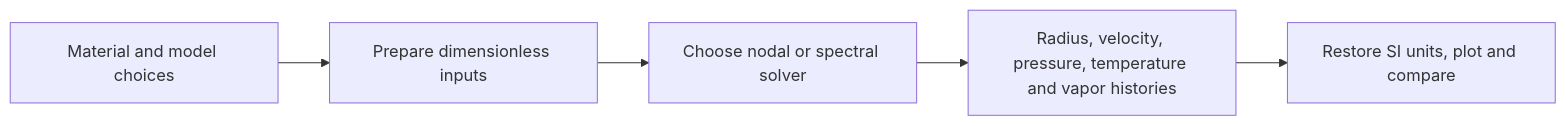
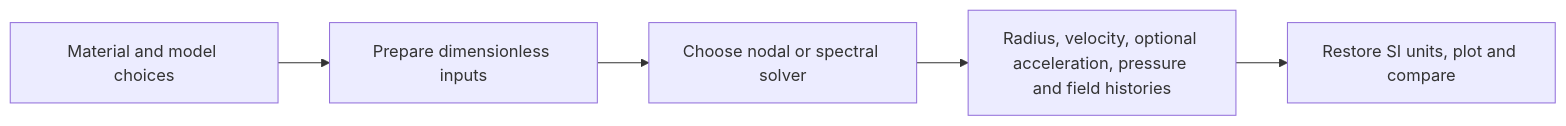
Before and after one commit to ComputationalFlowGroup/IMRv2: the first of 3 diagrams in docs/reference/code-map.md, drawn with Mermaid. The commit also changed other lines of this file and 30 other files, not shown here.

Commit message:
Unify solver calls and expose optional wall acceleration

````diff
--- a/docs/reference/code-map.md
+++ b/docs/reference/code-map.md
@@ -9,7 +9,7 @@
 ```mermaid
 flowchart LR
   Case[Material and model choices] --> Prepare[Prepare dimensionless inputs]
   Prepare --> Solve[Choose nodal or spectral solver]
-  Solve --> Histories[Radius, velocity, pressure, temperature and vapor histories]
+  Solve --> Histories[Radius, velocity, optional acceleration, pressure and field histories]
   Histories --> Compare[Restore SI units, plot and compare]
 ```
````
